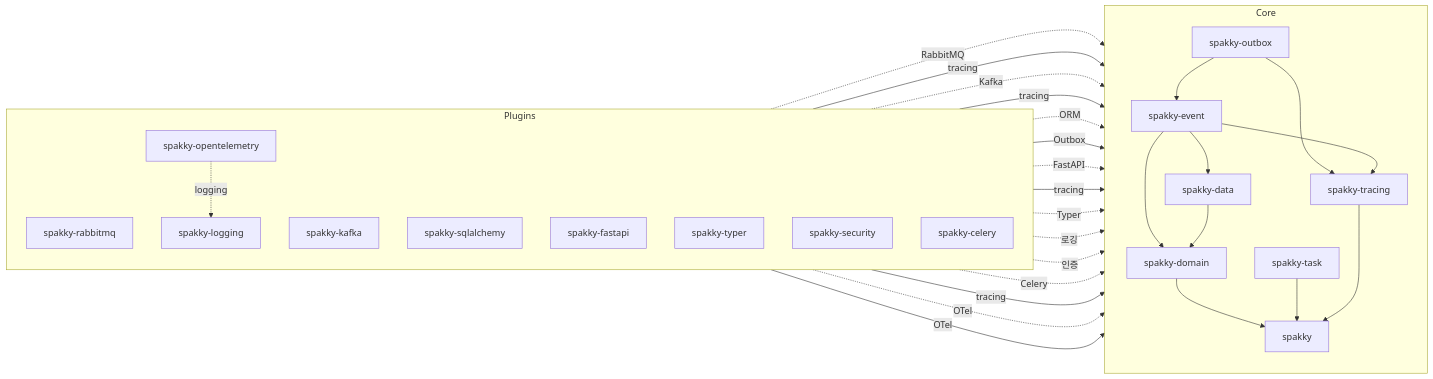
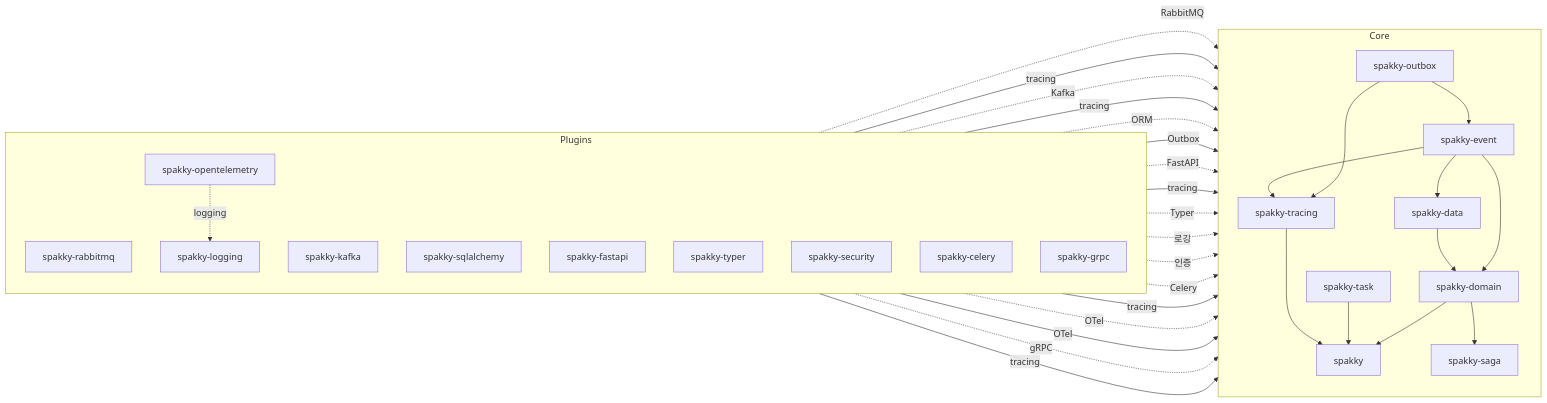
One commit to E5presso/spakky-framework changed the diagram in docs/index.md. Above: the diagram before and after it, drawn with Mermaid. The commit also changed other lines of this file and 12 other files, not shown here.

First line of the commit message:
docs: add saga and grpc documentation, update sync-docs skill

````diff
--- a/docs/index.md
+++ b/docs/index.md
@@ -245,45 +249,49 @@
 ```mermaid
 flowchart LR
   subgraph Plugins[Plugins]
     direction TB
     rabbitmq[spakky-rabbitmq]
     kafka[spakky-kafka]
     sqlalchemy[spakky-sqlalchemy]
     fastapi[spakky-fastapi]
     typer[spakky-typer]
     logging[spakky-logging]
     security[spakky-security]
     celery[spakky-celery]
     opentelemetry[spakky-opentelemetry]
+    grpc[spakky-grpc]
   end
 
   subgraph Core[Core]
     direction TB
     outbox[spakky-outbox] --> event[spakky-event]
     outbox --> tracing_dep[spakky-tracing]
     event --> data[spakky-data]
     event --> tracing_dep
     event --> domain[spakky-domain]
     data --> domain
     domain --> core[spakky]
     task[spakky-task] --> core
     tracing_dep --> core
+    domain --> saga[spakky-saga]
   end
 
   rabbitmq -. RabbitMQ .-> event
   rabbitmq -- tracing --> tracing_dep
   kafka -. Kafka .-> event
   kafka -- tracing --> tracing_dep
   sqlalchemy -. ORM .-> data
   sqlalchemy -- Outbox --> outbox
   fastapi -. FastAPI .-> core
   fastapi -- tracing --> tracing_dep
   typer -. Typer .-> core
   logging -. 로깅 .-> core
   security -. 인증 .-> core
   celery -. Celery .-> task
   celery -- tracing --> tracing_dep
   opentelemetry -. OTel .-> core
   opentelemetry -- OTel --> tracing_dep
   opentelemetry -. logging .-> logging
+  grpc -. gRPC .-> core
+  grpc -- tracing --> tracing_dep
 ```
````
